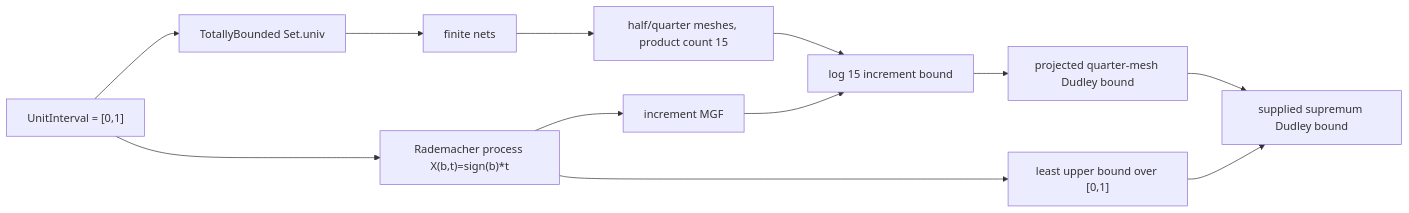
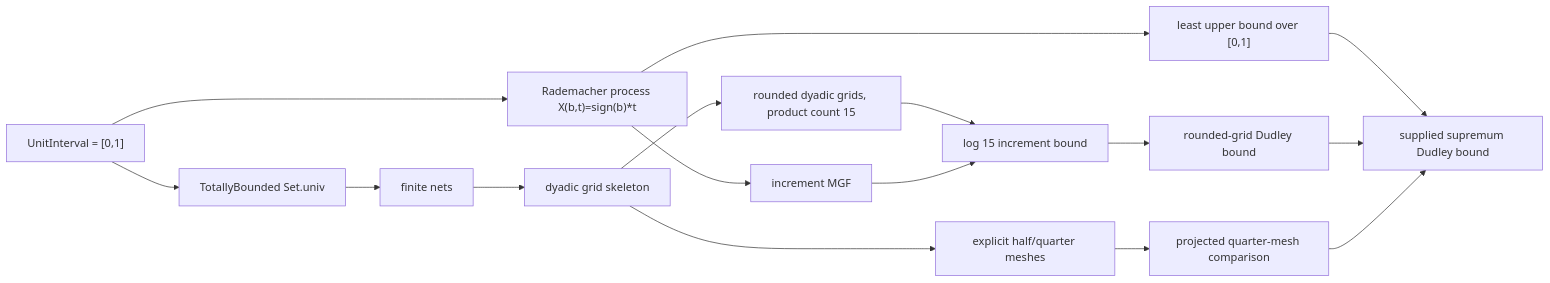
One commit to Robby955/FormalSLT changed the diagram in docs/unit-interval-dudley.md. Above: the diagram before and after it, drawn with Mermaid. The commit also changed other lines of this file and 3 other files, not shown here.

Commit message:
FormalSLT: strengthen UnitInterval Dudley grid

````diff
--- a/docs/unit-interval-dudley.md
+++ b/docs/unit-interval-dudley.md
@@ -18,19 +18,23 @@
 ```mermaid
 flowchart LR
   T["UnitInterval = [0,1]"]
   TB["TotallyBounded Set.univ"]
   Nets["finite nets"]
   Proc["Rademacher process X(b,t)=sign(b)*t"]
   MGF["increment MGF"]
   Exact["least upper bound over [0,1]"]
-  Mesh["half/quarter meshes, product count 15"]
+  Grid["dyadic grid skeleton"]
+  Rounded["rounded dyadic grids, product count 15"]
+  Mesh["explicit half/quarter meshes"]
   Inc["log 15 increment bound"]
-  Proj["projected quarter-mesh Dudley bound"]
+  Proj["rounded-grid Dudley bound"]
+  Quarter["projected quarter-mesh comparison"]
   Sup["supplied supremum Dudley bound"]
 
   T --> TB --> Nets
   T --> Proc --> MGF
   Proc --> Exact --> Sup
-  Nets --> Mesh --> Inc --> Proj --> Sup
+  Nets --> Grid --> Rounded --> Inc --> Proj --> Sup
+  Grid --> Mesh --> Quarter --> Sup
   MGF --> Inc
 ```
````
